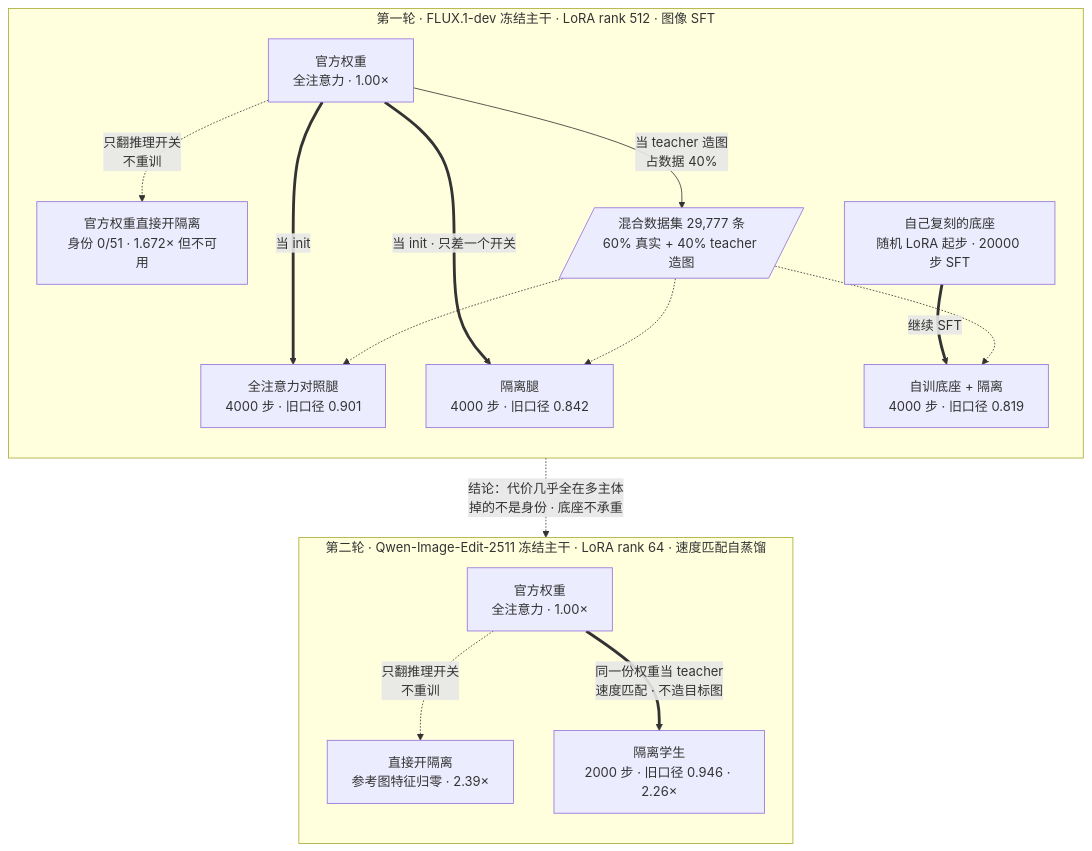
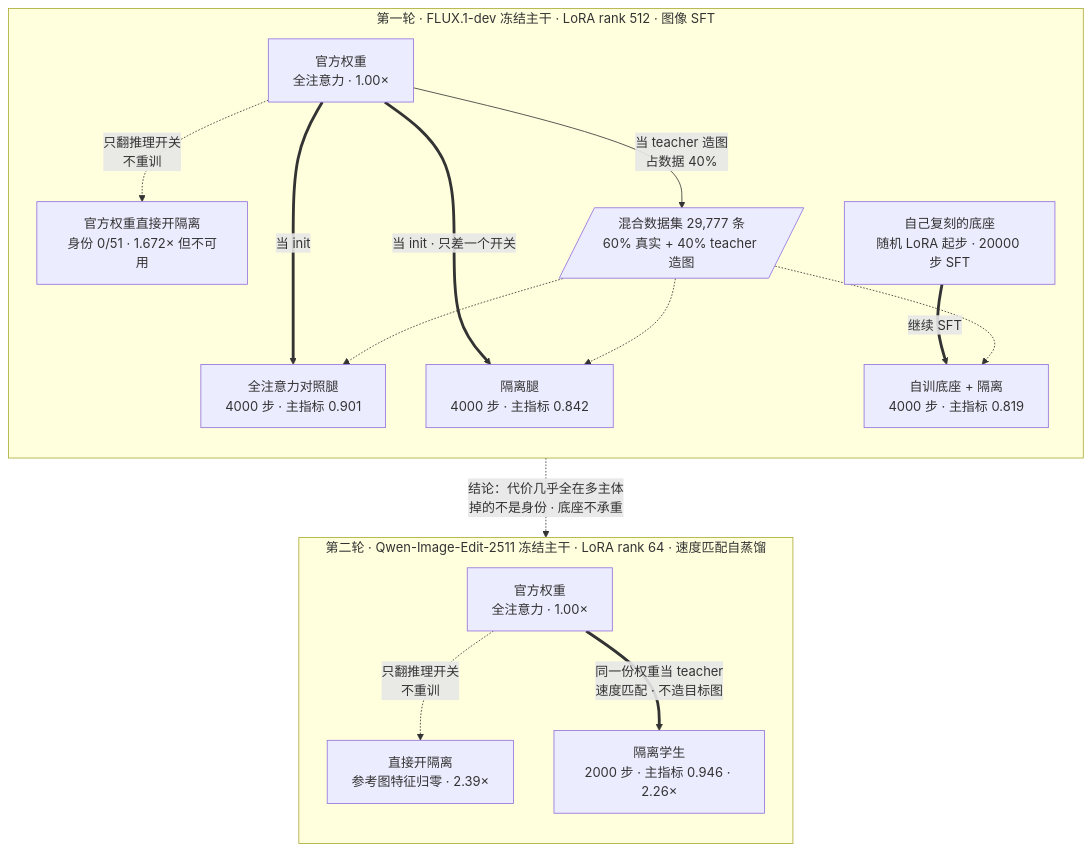
Before and after one commit to wenshare71/UNO: the diagram in reports/FINAL_REPORT.md, drawn with Mermaid. The commit also changed other lines of this file, not shown here.

````diff
--- a/reports/FINAL_REPORT.md
+++ b/reports/FINAL_REPORT.md
@@ -308,34 +265,34 @@
 ```mermaid
 flowchart TD
     subgraph R1["第一轮 · FLUX.1-dev 冻结主干 · LoRA rank 512 · 图像 SFT"]
         direction TB
         OFF["官方权重<br/>全注意力 · 1.00×"]
         SFT1["自己复刻的底座<br/>随机 LoRA 起步 · 20000 步 SFT"]
         DATA[/"混合数据集 29,777 条<br/>60% 真实 + 40% teacher 造图"/]
         ISO0["官方权重直接开隔离<br/>身份 0/51 · 1.672× 但不可用"]
-        ARMA["全注意力对照腿<br/>4000 步 · 旧口径 0.901"]
-        ARMB["隔离腿<br/>4000 步 · 旧口径 0.842"]
-        POST["自训底座 + 隔离<br/>4000 步 · 旧口径 0.819"]
+        ARMA["全注意力对照腿<br/>4000 步 · 主指标 0.901"]
+        ARMB["隔离腿<br/>4000 步 · 主指标 0.842"]
+        POST["自训底座 + 隔离<br/>4000 步 · 主指标 0.819"]
 
         OFF -.->|"只翻推理开关<br/>不重训"| ISO0
         OFF ==>|"当 init"| ARMA
         OFF ==>|"当 init · 只差一个开关"| ARMB
         OFF -->|"当 teacher 造图<br/>占数据 40%"| DATA
         SFT1 ==>|"继续 SFT"| POST
         DATA -.-> ARMA
         DATA -.-> ARMB
         DATA -.-> POST
     end
 
     subgraph R2["第二轮 · Qwen-Image-Edit-2511 冻结主干 · LoRA rank 64 · 速度匹配自蒸馏"]
         direction TB
         QFULL["官方权重<br/>全注意力 · 1.00×"]
         QPRE["直接开隔离<br/>参考图特征归零 · 2.39×"]
-        QPOST["隔离学生<br/>2000 步 · 旧口径 0.946 · 2.26×"]
+        QPOST["隔离学生<br/>2000 步 · 主指标 0.946 · 2.26×"]
 
         QFULL -.->|"只翻推理开关<br/>不重训"| QPRE
         QFULL ==>|"同一份权重当 teacher<br/>速度匹配 · 不造目标图"| QPOST
     end
 
     R1 -.->|"结论：代价几乎全在多主体<br/>掉的不是身份 · 底座不承重"| R2
 ```
````
